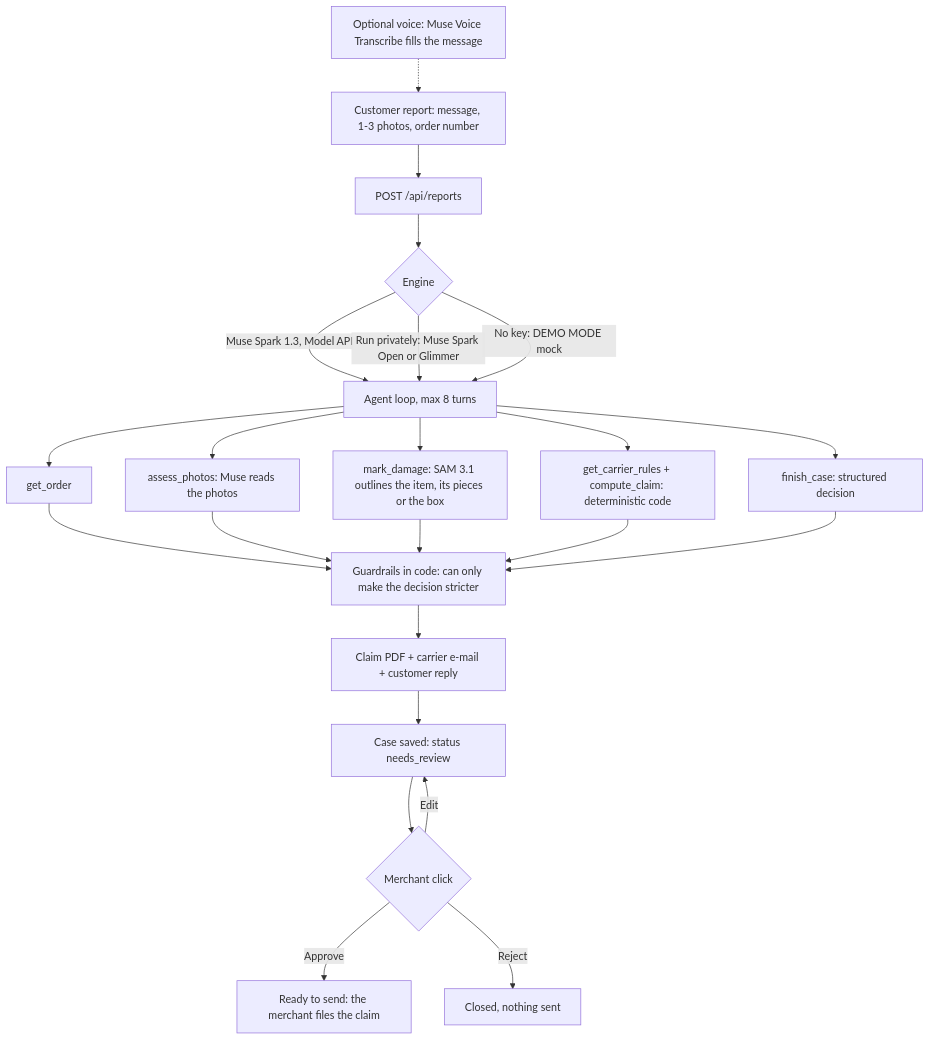
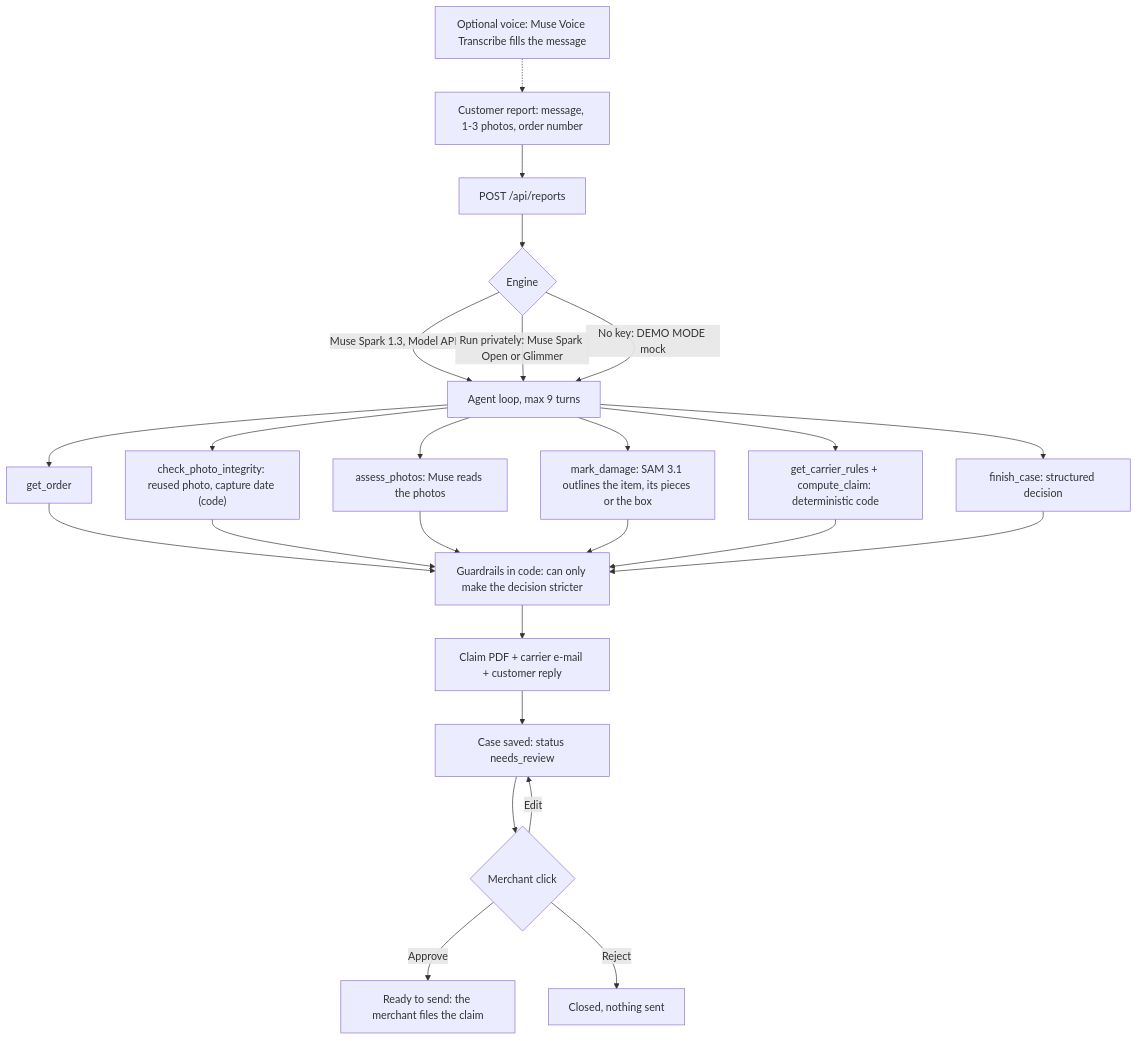
One commit to pablopriefert/gilmend changed the diagram in README.md. Above: the diagram before and after it, drawn with Mermaid. The commit also changed other lines of this file and 31 other files, not shown here.

````diff
--- a/README.md
+++ b/README.md
@@ -116,21 +121,22 @@
 ```mermaid
 flowchart TD
     V["Optional voice: Muse Voice Transcribe fills the message"] -.-> A
     A["Customer report: message, 1-3 photos, order number"] --> B["POST /api/reports"]
     B --> C{"Engine"}
-    C -->|"Muse Spark 1.3, Model API"| D["Agent loop, max 8 turns"]
+    C -->|"Muse Spark 1.3, Model API"| D["Agent loop, max 9 turns"]
     C -->|"Run privately: Muse Spark Open or Glimmer"| D
     C -->|"No key: DEMO MODE mock"| D
     D --> T1["get_order"]
+    D --> T1b["check_photo_integrity: reused photo, capture date (code)"]
     D --> T2["assess_photos: Muse reads the photos"]
     D --> T3["mark_damage: SAM 3.1 outlines the item, its pieces or the box"]
     D --> T4["get_carrier_rules + compute_claim: deterministic code"]
     D --> T5["finish_case: structured decision"]
-    T1 & T2 & T3 & T4 & T5 --> G["Guardrails in code: can only make the decision stricter"]
+    T1 & T1b & T2 & T3 & T4 & T5 --> G["Guardrails in code: can only make the decision stricter"]
     G --> H["Claim PDF + carrier e-mail + customer reply"]
     H --> I["Case saved: status needs_review"]
     I --> J{"Merchant click"}
     J -->|"Approve"| K["Ready to send: the merchant files the claim"]
     J -->|"Edit"| I
     J -->|"Reject"| L["Closed, nothing sent"]
 ```
````
